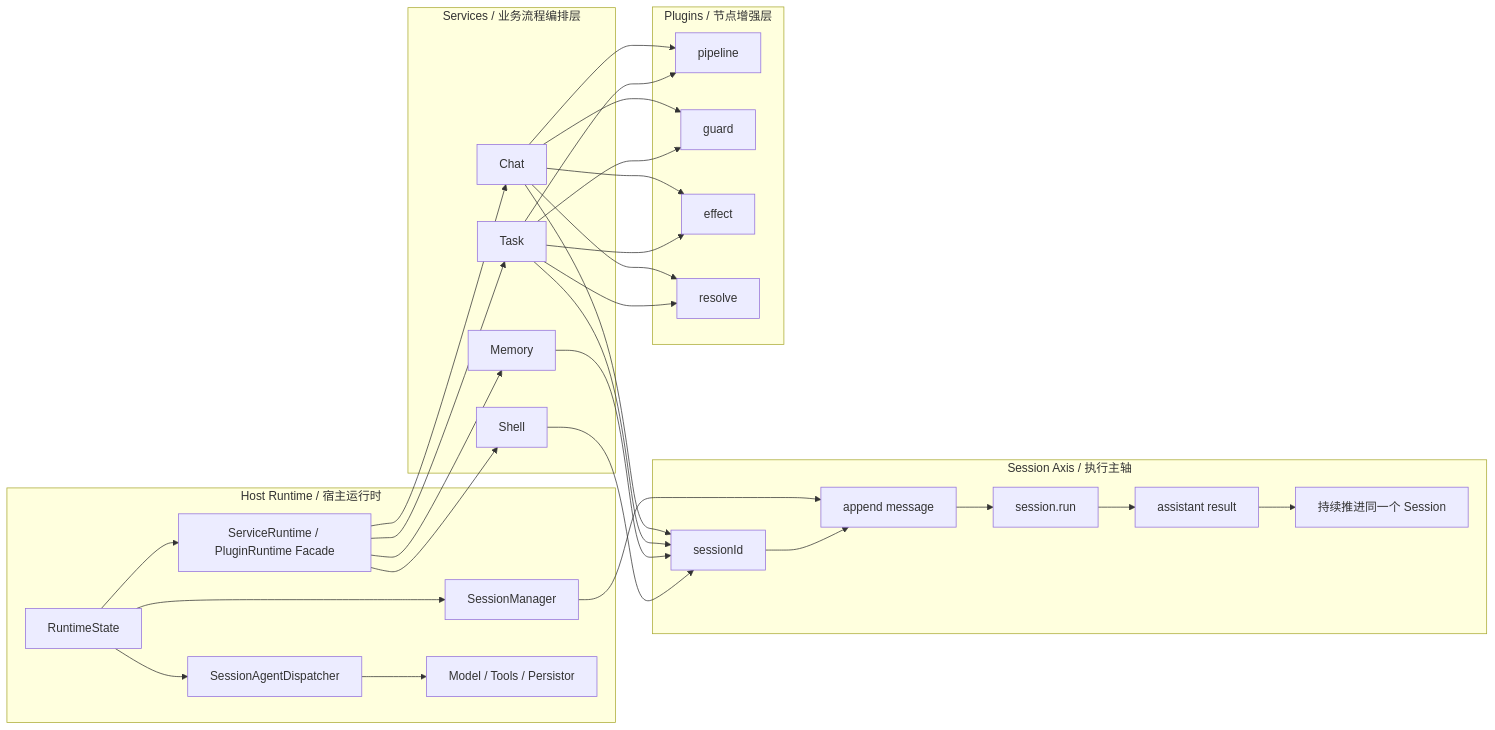
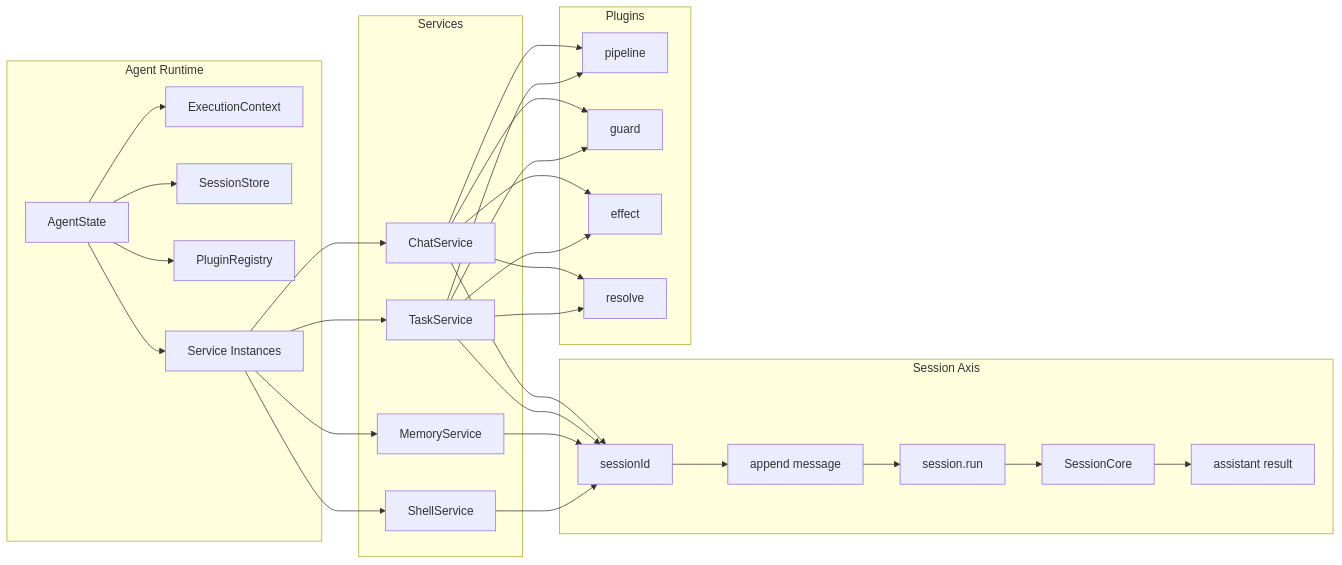
The first of 2 diagrams in homepage/content/devdocs/zh/services/system-map.mdx (wangenius/downcity), drawn with Mermaid before and after one commit. The commit also changed other lines of this file and 37 other files, not shown here.

````diff
--- a/homepage/content/devdocs/zh/services/system-map.mdx
+++ b/homepage/content/devdocs/zh/services/system-map.mdx
@@ -35,62 +28,61 @@
 ```mermaid
 flowchart LR
-  subgraph HOST["Host Runtime / 宿主运行时"]
-    H1["RuntimeState"]
-    H2["SessionManager"]
-    H3["SessionAgentDispatcher"]
-    H4["Model / Tools / Persistor"]
-    H5["ServiceRuntime / PluginRuntime Facade"]
+  subgraph AGENT["Agent Runtime"]
+    A1["AgentState"]
+    A2["ExecutionContext"]
+    A3["SessionStore"]
+    A4["PluginRegistry"]
+    A5["Service Instances"]
   end
 
-  subgraph SESSION["Session Axis / 执行主轴"]
+  subgraph SESSION["Session Axis"]
     S1["sessionId"]
     S2["append message"]
     S3["session.run"]
-    S4["assistant result"]
-    S5["持续推进同一个 Session"]
+    S4["SessionCore"]
+    S5["assistant result"]
   end
 
-  subgraph SERVICES["Services / 业务流程编排层"]
-    SV1["Chat"]
-    SV2["Task"]
-    SV3["Memory"]
-    SV4["Shell"]
+  subgraph SERVICES["Services"]
+    SV1["ChatService"]
+    SV2["TaskService"]
+    SV3["MemoryService"]
+    SV4["ShellService"]
   end
 
-  subgraph PLUGINS["Plugins / 节点增强层"]
+  subgraph PLUGINS["Plugins"]
     P1["pipeline"]
     P2["guard"]
     P3["effect"]
     P4["resolve"]
   end
 
-  H1 --> H2
-  H1 --> H3
-  H1 --> H5
-  H3 --> H4
+  A1 --> A2
+  A1 --> A3
+  A1 --> A4
+  A1 --> A5
 
-  H2 --> S2
-  S1 --> S2
-  S2 --> S3
-  S3 --> S4
-  S4 --> S5
-
-  H5 --> SV1
-  H5 --> SV2
-  H5 --> SV3
-  H5 --> SV4
+  A5 --> SV1
+  A5 --> SV2
+  A5 --> SV3
+  A5 --> SV4
 
   SV1 --> S1
   SV2 --> S1
   SV3 --> S1
   SV4 --> S1
+
+  S1 --> S2
+  S2 --> S3
+  S3 --> S4
+  S4 --> S5
 
   SV1 --> P1
   SV1 --> P2
   SV1 --> P3
   SV1 --> P4
   SV2 --> P1
   SV2 --> P2
   SV2 --> P3
   SV2 --> P4
 ```
````
